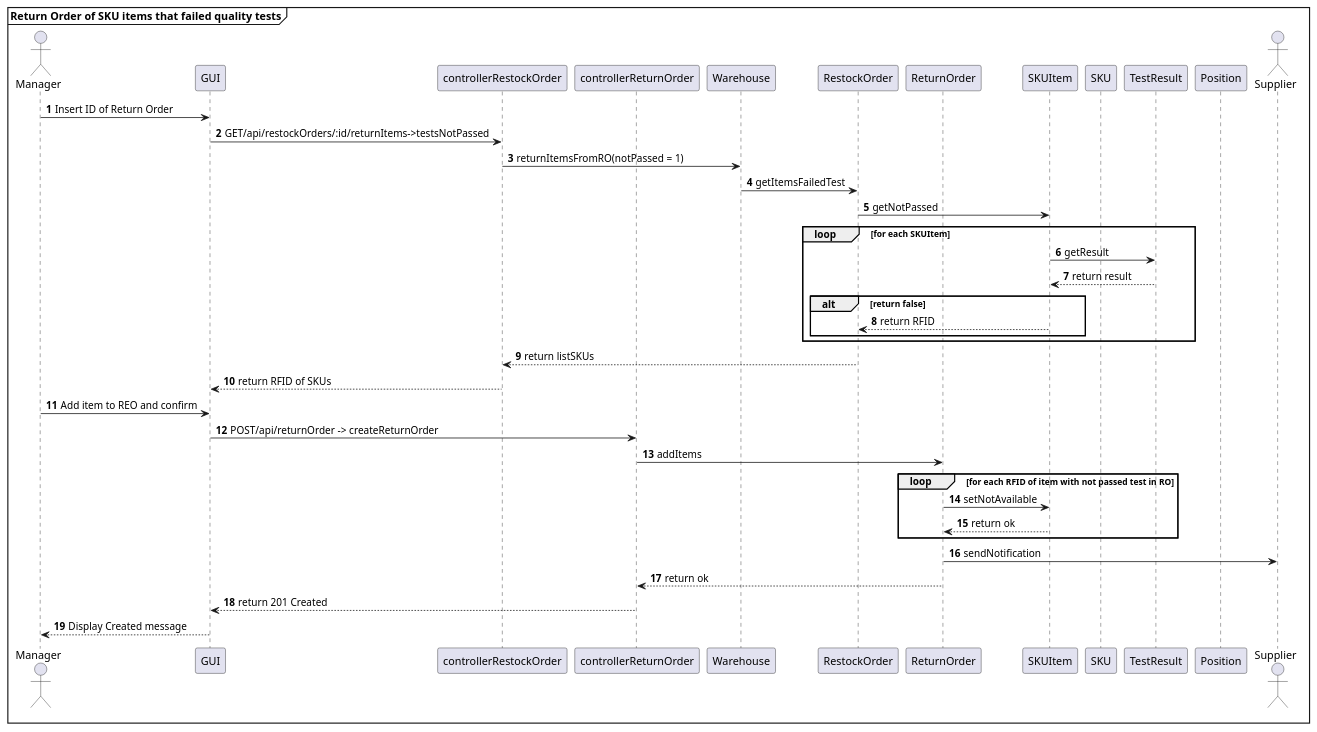
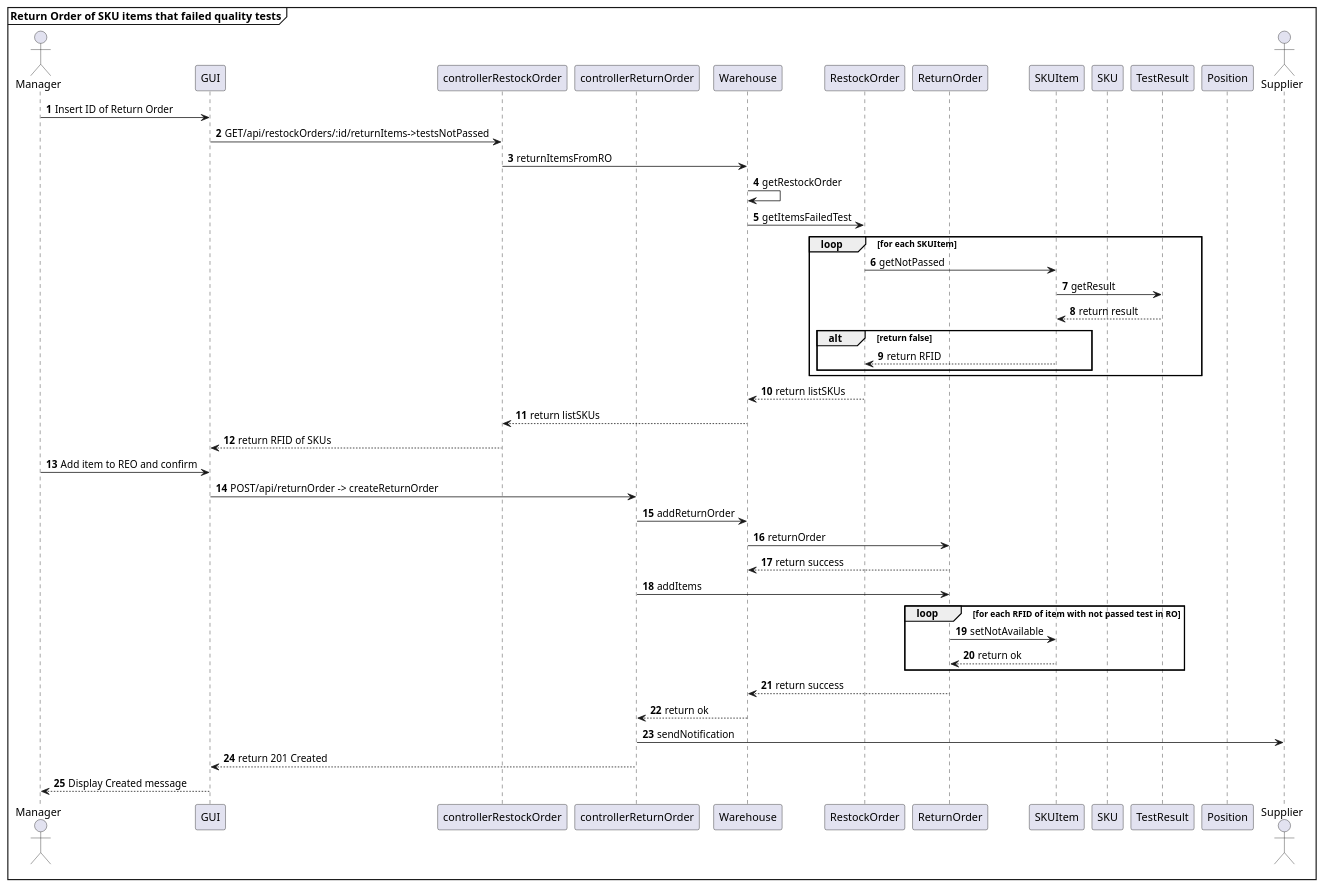
Before and after one commit to AlexZampa/EzWh: diagram 20 of 32 in DesignDocument.md, drawn with PlantUML. The commit also changed other lines of this file, not shown here.

````diff
--- a/DesignDocument.md
+++ b/DesignDocument.md
@@ -981,47 +981,53 @@
 ```plantuml
 @startuml
 mainframe **Return Order of SKU items that failed quality tests**
 actor Manager 
 participant GUI
 participant controllerRestockOrder
 participant controllerReturnOrder
 participant Warehouse
 participant RestockOrder
 participant ReturnOrder
 participant SKUItem
 participant SKU
 participant TestResult
 participant Position
 actor Supplier
 
 autonumber
 Manager -> GUI : Insert ID of Return Order
 GUI -> controllerRestockOrder : GET/api/restockOrders/:id/returnItems->testsNotPassed
-controllerRestockOrder -> Warehouse : returnItemsFromRO(notPassed = 1)
+controllerRestockOrder -> Warehouse : returnItemsFromRO
+Warehouse -> Warehouse : getRestockOrder
 Warehouse -> RestockOrder : getItemsFailedTest
-RestockOrder -> SKUItem : getNotPassed
 loop for each SKUItem
+  RestockOrder -> SKUItem : getNotPassed
   SKUItem -> TestResult : getResult
   SKUItem <-- TestResult : return result
     alt return false
       RestockOrder <-- SKUItem : return RFID
     end alt
  end loop
 
-RestockOrder --> controllerRestockOrder : return listSKUs
+RestockOrder --> Warehouse : return listSKUs
+Warehouse --> controllerRestockOrder : return listSKUs
 controllerRestockOrder --> GUI : return RFID of SKUs
 
 Manager -> GUI : Add item to REO and confirm
 GUI -> controllerReturnOrder : POST/api/returnOrder -> createReturnOrder
+controllerReturnOrder -> Warehouse : addReturnOrder
+Warehouse -> ReturnOrder : returnOrder
+Warehouse <-- ReturnOrder : return success  
 controllerReturnOrder -> ReturnOrder : addItems 
 loop for each RFID of item with not passed test in RO
   ReturnOrder -> SKUItem : setNotAvailable
   ReturnOrder <-- SKUItem : return ok
 end loop
-ReturnOrder -> Supplier : sendNotification
-ReturnOrder --> controllerReturnOrder : return ok
+Warehouse <-- ReturnOrder : return success
+Warehouse --> controllerReturnOrder : return ok
+controllerReturnOrder -> Supplier : sendNotification
 controllerReturnOrder --> GUI : return 201 Created
 GUI --> Manager : Display Created message
 @enduml
 
 ```
````
